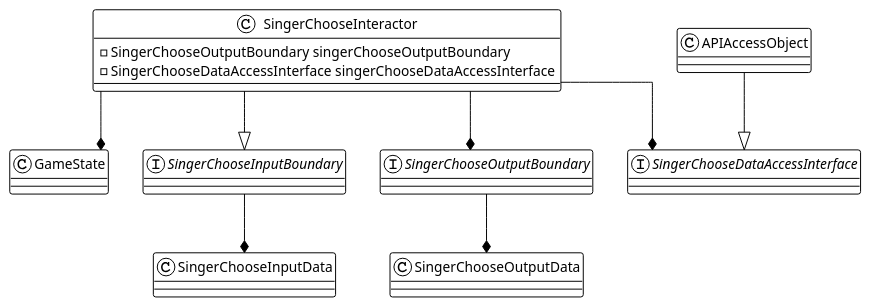
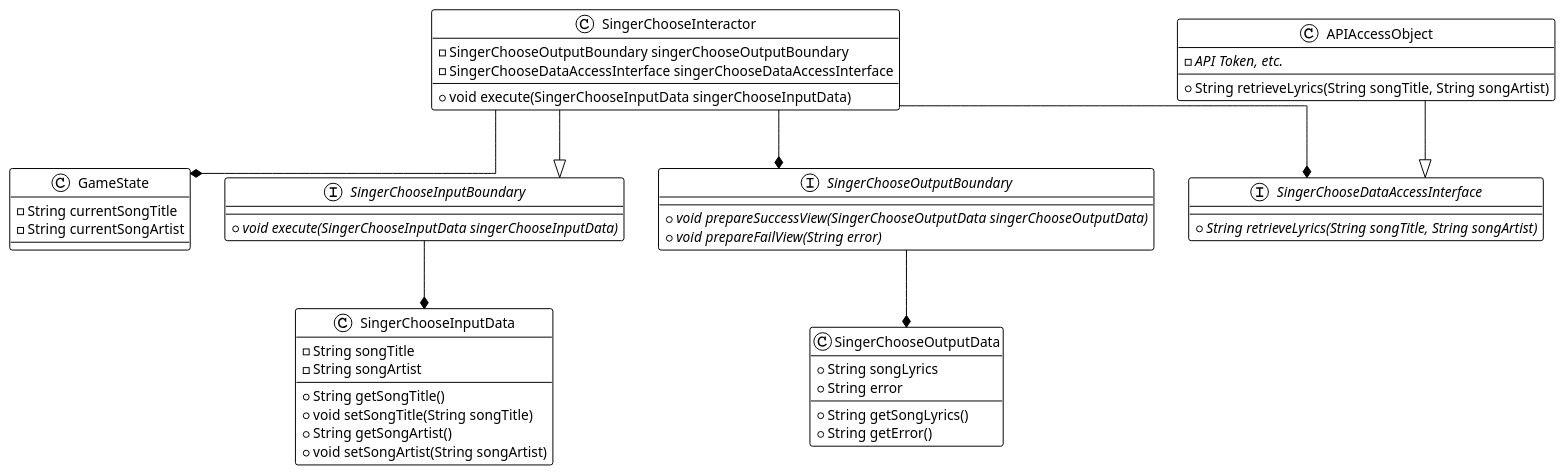
The diagram in UML Diagrams/SingerChooseInteractor.puml (wongbr55/AcappellaFella), drawn with PlantUML before and after one commit.

Commit message:
Added methods and attributes to SingerChooseInteractor.puml

```diff
--- a/UML Diagrams/SingerChooseInteractor.puml
+++ b/UML Diagrams/SingerChooseInteractor.puml
@@ -1,32 +1,52 @@
 @startuml
 !theme plain
 top to bottom direction
 skinparam linetype ortho
 
 class GameState {
+    -String currentSongTitle
+    -String currentSongArtist
 }
 class SingerChooseInteractor {
     -SingerChooseOutputBoundary singerChooseOutputBoundary
     -SingerChooseDataAccessInterface singerChooseDataAccessInterface
+    +void execute(SingerChooseInputData singerChooseInputData)
 }
 interface SingerChooseInputBoundary {
+    +{abstract} void execute(SingerChooseInputData singerChooseInputData)
 }
 interface SingerChooseOutputBoundary {
+    +{abstract} void prepareSuccessView(SingerChooseOutputData singerChooseOutputData)
+    +{abstract} void prepareFailView(String error)
 }
 interface SingerChooseDataAccessInterface {
+    +{abstract} String retrieveLyrics(String songTitle, String songArtist)
 }
 class APIAccessObject {
+    -{abstract} API Token, etc.
+    +String retrieveLyrics(String songTitle, String songArtist)
 }
 class SingerChooseInputData {
+    -String songTitle
+    -String songArtist
+    +String getSongTitle()
+    +void setSongTitle(String songTitle)
+    +String getSongArtist()
+    +void setSongArtist(String songArtist)
 }
 class SingerChooseOutputData {
+    +String songLyrics
+    +String error
+    +String getSongLyrics()
+    +String getError()
 }
+
 SingerChooseInteractor --* GameState
 SingerChooseInteractor --|> SingerChooseInputBoundary
 APIAccessObject --|> SingerChooseDataAccessInterface
 SingerChooseInteractor --* SingerChooseOutputBoundary
 SingerChooseInteractor --* SingerChooseDataAccessInterface
 SingerChooseInputBoundary --* SingerChooseInputData
 SingerChooseOutputBoundary --* SingerChooseOutputData
 
 @enduml
```
